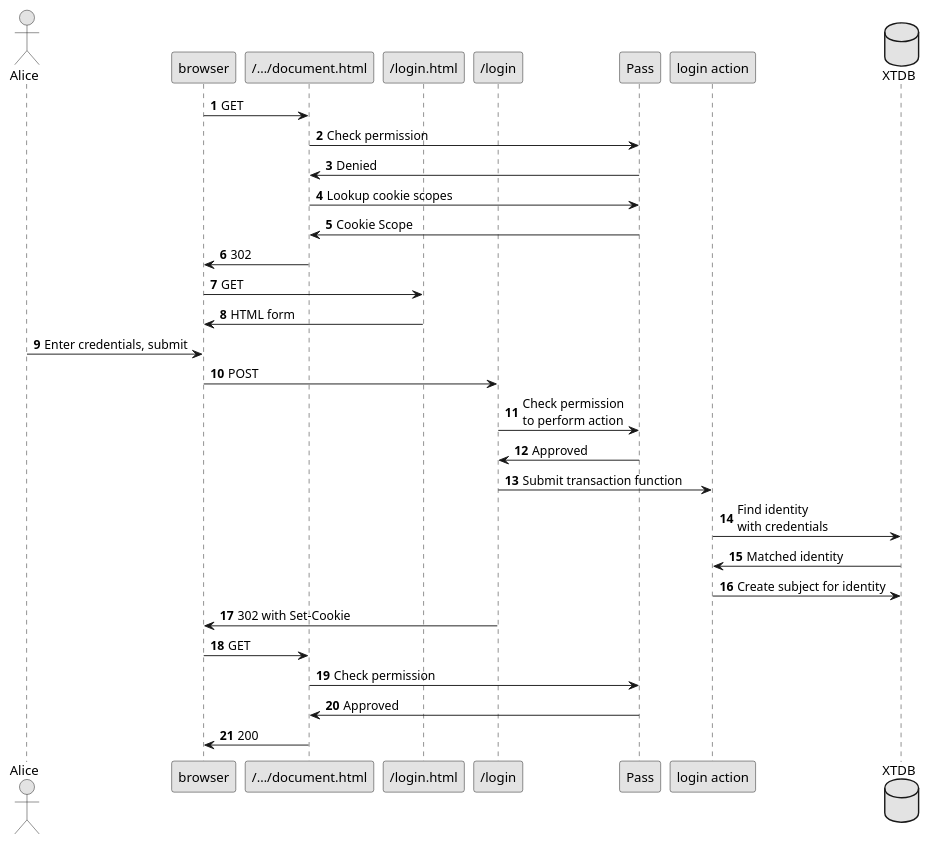
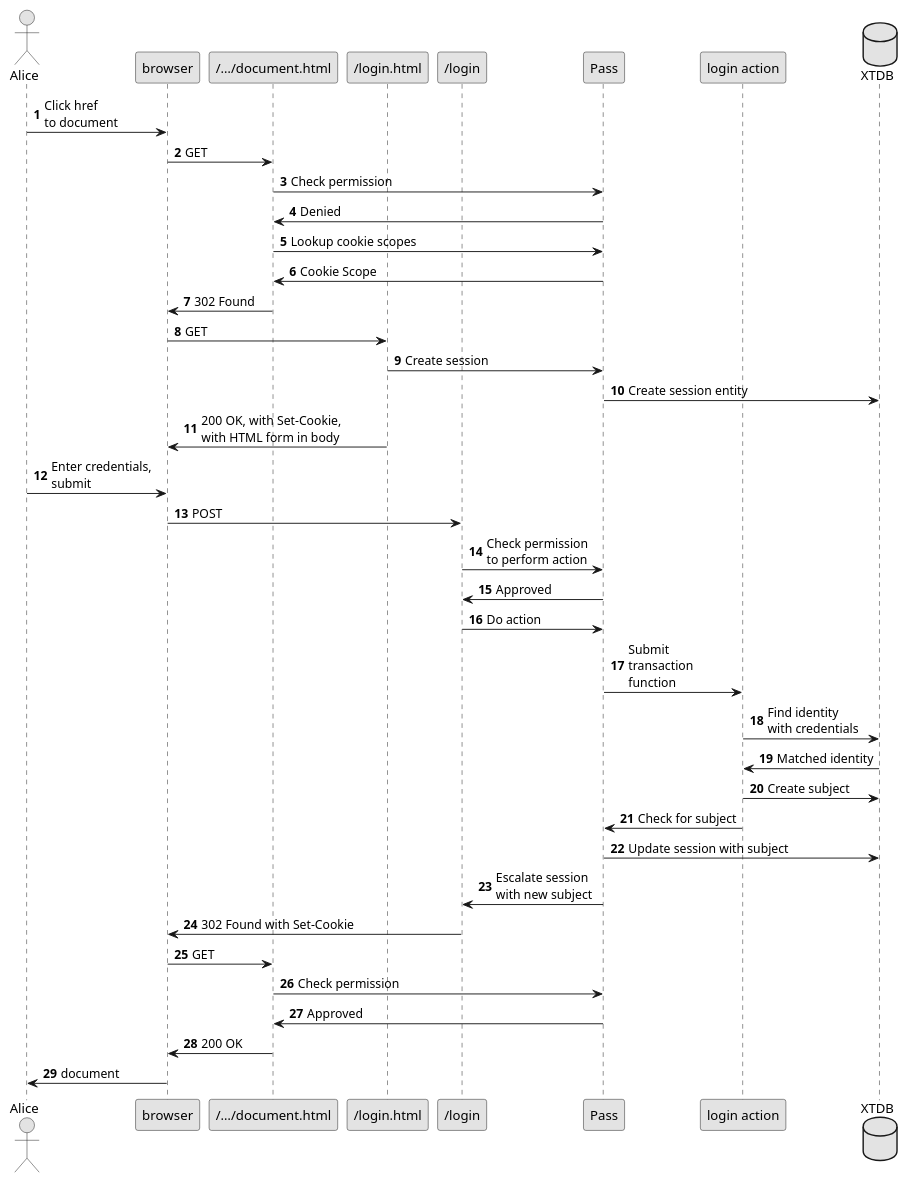
Before and after one commit to juxt/site: the diagram in doc/next/FormBasedAuthentication.adoc, drawn with PlantUML. The commit also changed other lines of this file and 1 other file, not shown here.

Commit message:
Add more to the cookie-based auth diagram

```diff
--- a/doc/next/FormBasedAuthentication.adoc
+++ b/doc/next/FormBasedAuthentication.adoc
@@ -38,37 +38,45 @@
 [plantuml,cookie-scope-flow,svg]
 ....
 skinparam monochrome true
 autonumber
 
 actor Alice as user
 participant browser
 
 participant "/…/document.html" as document
-participant "/login.html" as login
+participant "/login.html" as loginform
 participant "/login" as loginhandler
 participant Pass as pass
 participant "login action" as loginaction
 database XTDB
 
+user -> browser: Click href\nto document
 browser -> document: GET
 document -> pass: Check permission
 document <- pass: Denied
 document -> pass: Lookup cookie scopes
 document <- pass: Cookie Scope
-browser <- document: 302
-browser -> login: GET
-browser <- login: HTML form
-user -> browser: Enter credentials, submit
+browser <- document: 302 Found
+browser -> loginform: GET
+loginform -> pass: Create session
+pass -> XTDB: Create session entity
+browser <- loginform: 200 OK, with Set-Cookie,\nwith HTML form in body
+user -> browser: Enter credentials,\nsubmit
 browser -> loginhandler: POST
 loginhandler -> pass: Check permission\nto perform action
 loginhandler <- pass: Approved
-loginhandler -> loginaction: Submit transaction function
+loginhandler -> pass: Do action
+pass -> loginaction: Submit\ntransaction\nfunction
 loginaction -> XTDB: Find identity\nwith credentials
 loginaction <- XTDB: Matched identity
-loginaction -> XTDB: Create subject for identity
-browser <- loginhandler: 302 with Set-Cookie
+loginaction -> XTDB: Create subject
+pass <- loginaction: Check for subject
+pass -> XTDB: Update session with subject
+loginhandler <- pass: Escalate session\nwith new subject
+browser <- loginhandler: 302 Found with Set-Cookie
 browser -> document: GET
 document -> pass: Check permission
 document <- pass: Approved
-browser <- document: 200
+browser <- document: 200 OK
+user <- browser: document
 ....
```
